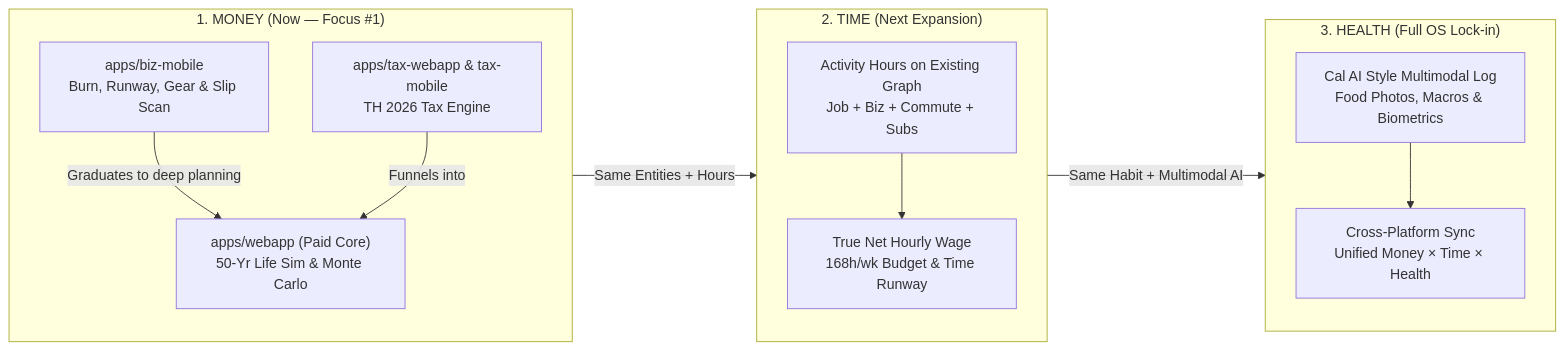
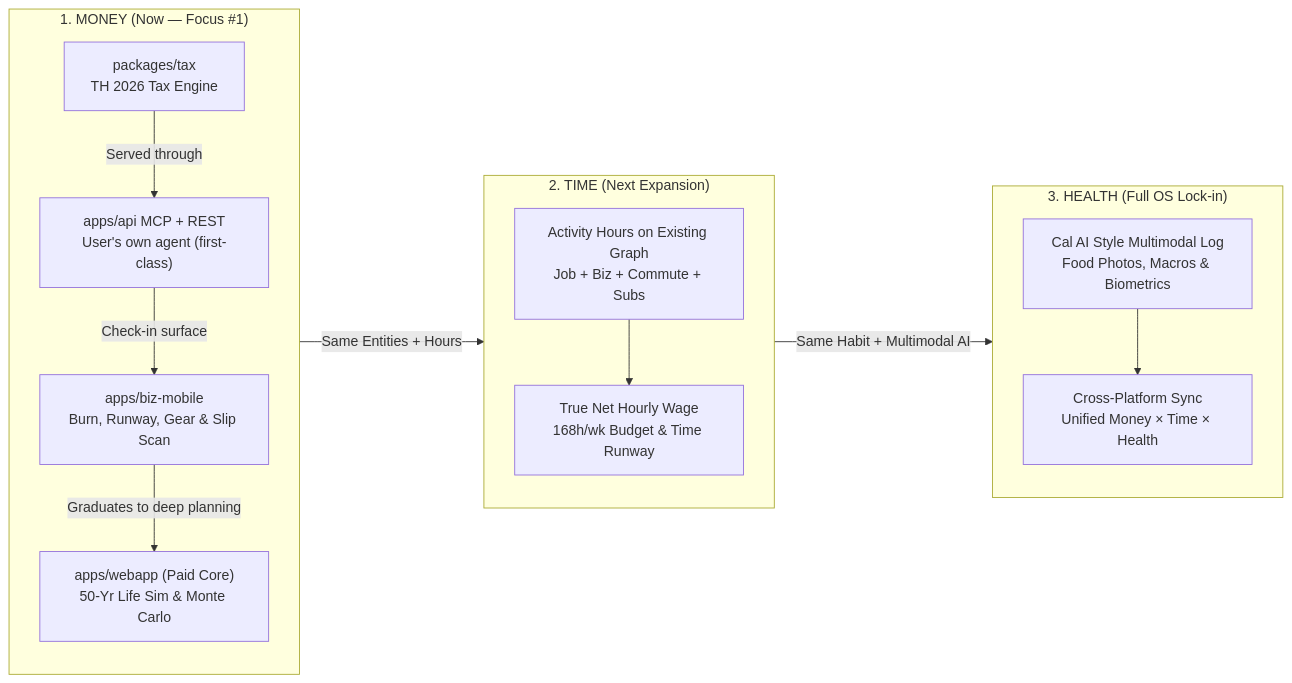
One commit to excited-live/monorepo changed the diagram in docs/PRD.md. Above: the diagram before and after it, drawn with Mermaid. The commit also changed other lines of this file and 2 other files, not shown here.

First line of the commit message:
docs(prd): record MCP-first direction and fix stale references

````diff
--- a/docs/PRD.md
+++ b/docs/PRD.md
@@ -25,25 +27,27 @@
 ```mermaid
 graph LR
     subgraph Pillar1["1. MONEY (Now — Focus #1)"]
         BizMobile["apps/biz-mobile<br/>Burn, Runway, Gear & Slip Scan"]
-        TaxApps["apps/tax-webapp & tax-mobile<br/>TH 2026 Tax Engine"]
+        MCP["apps/api MCP + REST<br/>User's own agent (first-class)"]
+        TaxEngine["packages/tax<br/>TH 2026 Tax Engine"]
         WebApp["apps/webapp (Paid Core)<br/>50-Yr Life Sim & Monte Carlo"]
+        MCP -->|Check-in surface| BizMobile
         BizMobile -->|Graduates to deep planning| WebApp
-        TaxApps -->|Funnels into| WebApp
+        TaxEngine -->|Served through| MCP
     end
 
     subgraph Pillar2["2. TIME (Next Expansion)"]
         TimeEngine["Activity Hours on Existing Graph<br/>Job + Biz + Commute + Subs"]
         TimeMetrics["True Net Hourly Wage<br/>168h/wk Budget & Time Runway"]
         TimeEngine --> TimeMetrics
     end
 
     subgraph Pillar3["3. HEALTH (Full OS Lock-in)"]
         HealthCapture["Cal AI Style Multimodal Log<br/>Food Photos, Macros & Biometrics"]
         HealthSync["Cross-Platform Sync<br/>Unified Money × Time × Health"]
         HealthCapture --> HealthSync
     end
 
     Pillar1 -->|Same Entities + Hours| Pillar2
     Pillar2 -->|Same Habit + Multimodal AI| Pillar3
 ```
````
